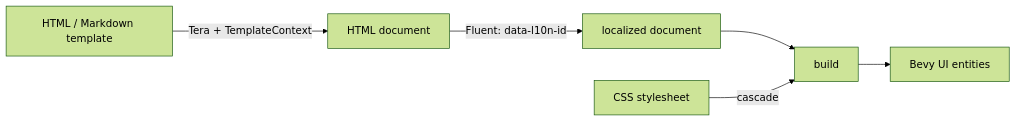
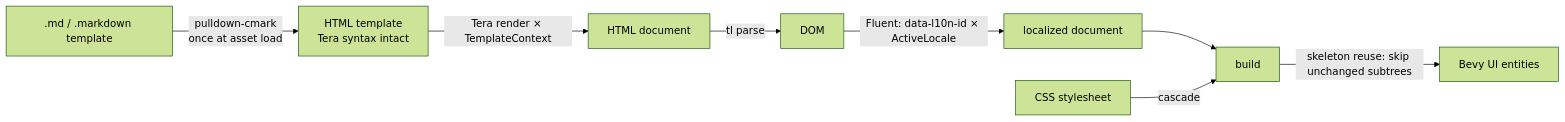
The diagram in README.md (nchashch/bevy_markup), drawn with Mermaid (forest theme) before and after one commit. The commit also changed other lines of this file, not shown here.

First line of the commit message:
Update the README pipeline diagram: Markdown as a load-time node

````diff
--- a/README.md
+++ b/README.md
@@ -297,8 +297,10 @@
 ```mermaid
 flowchart LR
-  T[HTML / Markdown template] -->|Tera + TemplateContext| H[HTML document]
-  H -->|Fluent: data-l10n-id| L[localized document]
+  MD[.md / .markdown template] -->|pulldown-cmark<br>once at asset load| T[HTML template<br>Tera syntax intact]
+  T -->|Tera render × TemplateContext| H[HTML document]
+  H -->|tl parse| D[DOM]
+  D -->|Fluent: data-l10n-id × ActiveLocale| L[localized document]
   L --> B[build]
   C[CSS stylesheet] -->|cascade| B
-  B --> U[Bevy UI entities]
+  B -->|skeleton reuse: skip unchanged subtrees| U[Bevy UI entities]
 ```
````
